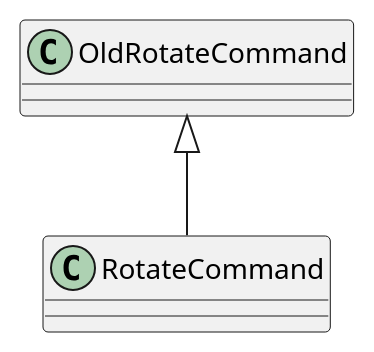
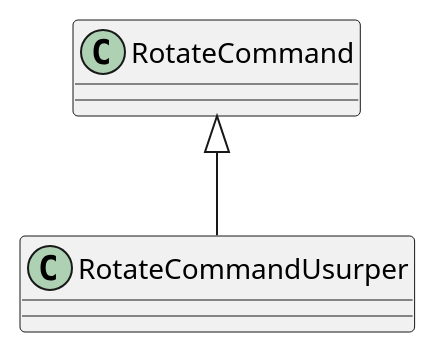
The third of 3 diagrams in apetools/commands/rotate.rst (russell-n/oldape), drawn with PlantUML before and after one commit. The commit also changed other lines of this file and 30 other files, not shown here.

Commit message:
Started RotateUsurper Builder, finished initial RotateUsurper, added 'identifier' property to non-local connection

```diff
--- a/apetools/commands/rotate.rst
+++ b/apetools/commands/rotate.rst
@@ -93,3 +93,3 @@
 .. uml::
 
-   OldRotateCommand <|-- RotateCommand
+   RotateCommand <|-- RotateCommandUsurper
```
